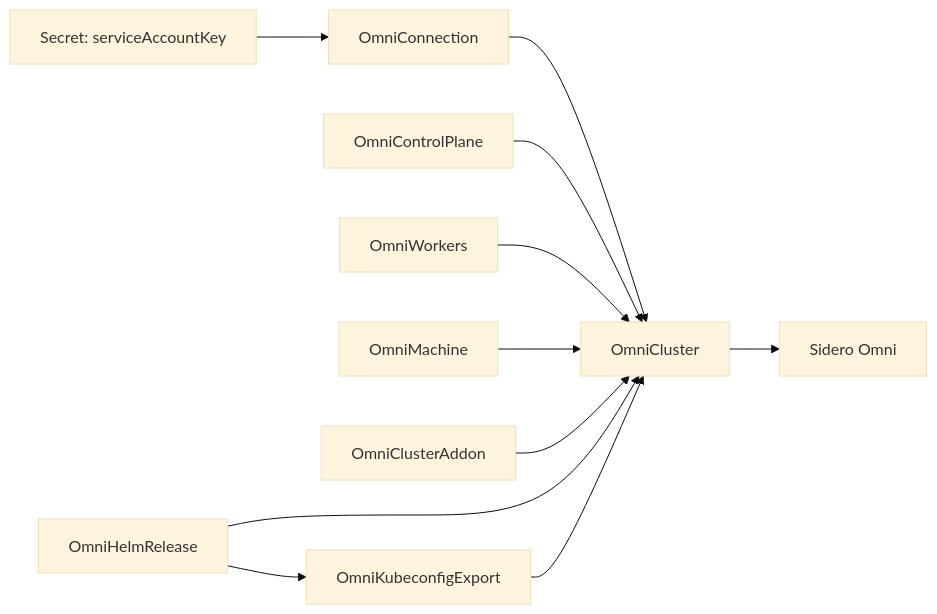
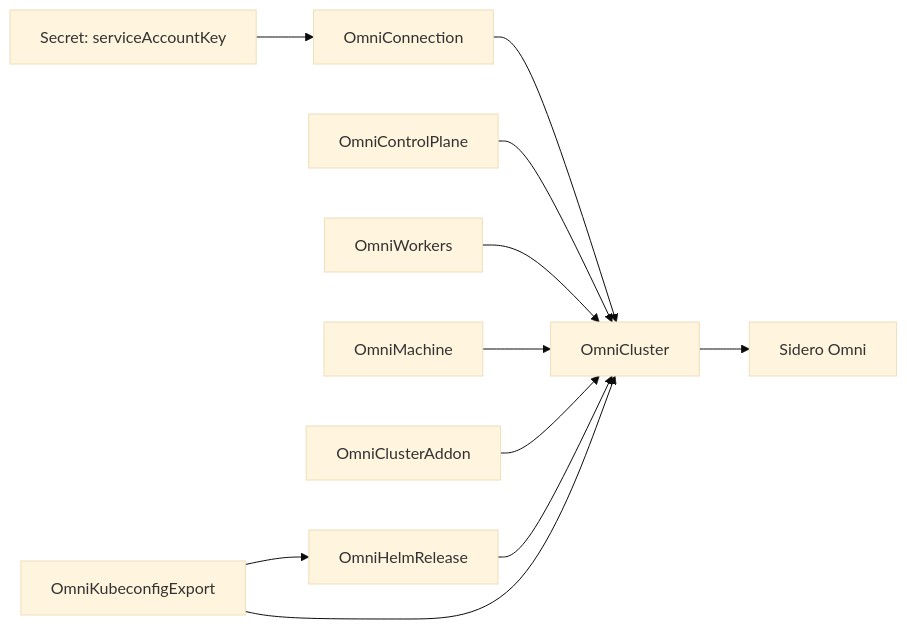
The diagram in docs/index.md (texas-hpc/omni-cluster-operator), drawn with Mermaid (base theme) before and after one commit. The commit also changed 1 other file, not shown here.

Commit message:
Fix Helm release dependency diagrams

````diff
--- a/docs/index.md
+++ b/docs/index.md
@@ -44,13 +44,13 @@
 ```mermaid
 flowchart LR
   Secret["Secret: serviceAccountKey"] --> Connection["OmniConnection"]
   Connection --> Cluster["OmniCluster"]
   ControlPlane["OmniControlPlane"] --> Cluster
   Workers["OmniWorkers"] --> Cluster
   Machine["OmniMachine"] --> Cluster
   Addon["OmniClusterAddon"] --> Cluster
-  HelmRelease["OmniHelmRelease"] --> Export
+  Export["OmniKubeconfigExport"] --> HelmRelease["OmniHelmRelease"]
   HelmRelease --> Cluster
-  Export["OmniKubeconfigExport"] --> Cluster
+  Export --> Cluster
   Cluster --> Omni["Sidero Omni"]
 ```
````
